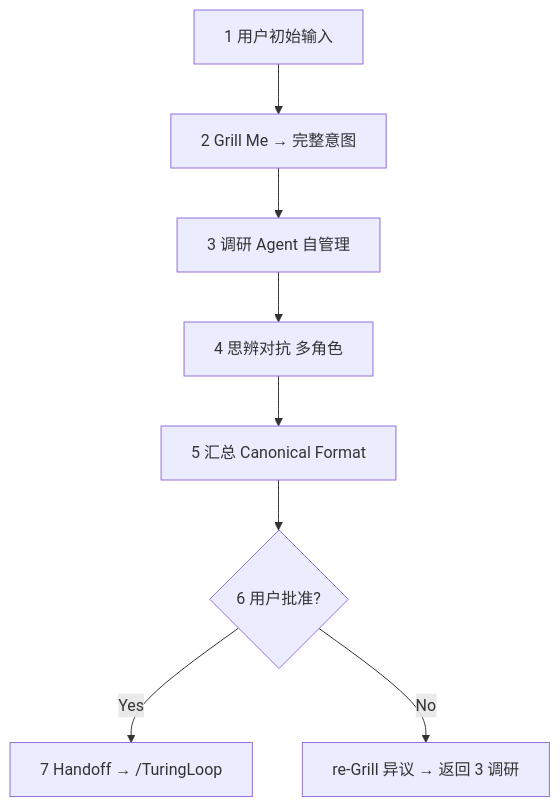
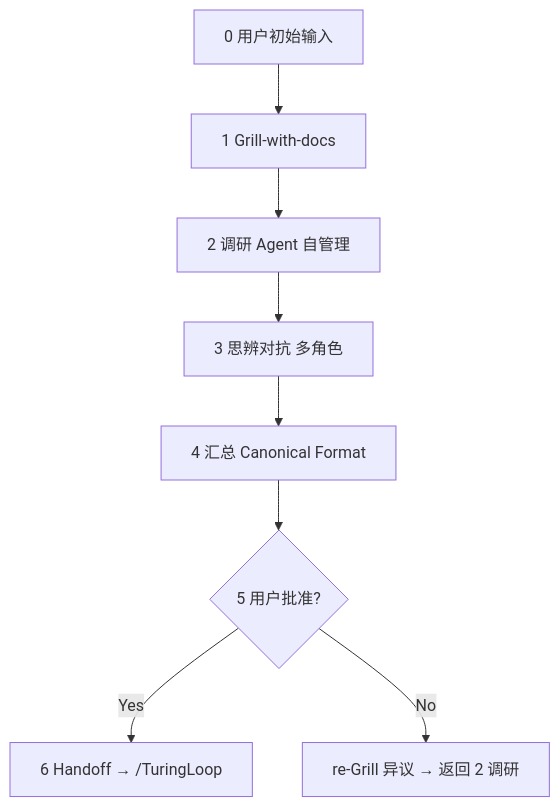
One commit to gretjia/turingos_lite changed the diagram in .grok/skills/plan-loop/SKILL.md. Above: the diagram before and after it, drawn with Mermaid. The commit also changed other lines of this file and 70 other files, not shown here.

````diff
--- a/.grok/skills/plan-loop/SKILL.md
+++ b/.grok/skills/plan-loop/SKILL.md
@@ -76,10 +81,10 @@
 ```mermaid
 flowchart TD
-    A[1 用户初始输入] --> B[2 Grill Me → 完整意图]
-    B --> C[3 调研 Agent 自管理]
-    C --> D[4 思辨对抗 多角色]
-    D --> E[5 汇总 Canonical Format]
-    E --> F{6 用户批准?}
-    F -->|Yes| G[7 Handoff → /TuringLoop]
-    F -->|No| H[re-Grill 异议 → 返回 3 调研]
+    A[0 用户初始输入] --> B[1 Grill-with-docs]
+    B --> C[2 调研 Agent 自管理]
+    C --> D[3 思辨对抗 多角色]
+    D --> E[4 汇总 Canonical Format]
+    E --> F{5 用户批准?}
+    F -->|Yes| G[6 Handoff → /TuringLoop]
+    F -->|No| H[re-Grill 异议 → 返回 2 调研]
 ```
````
